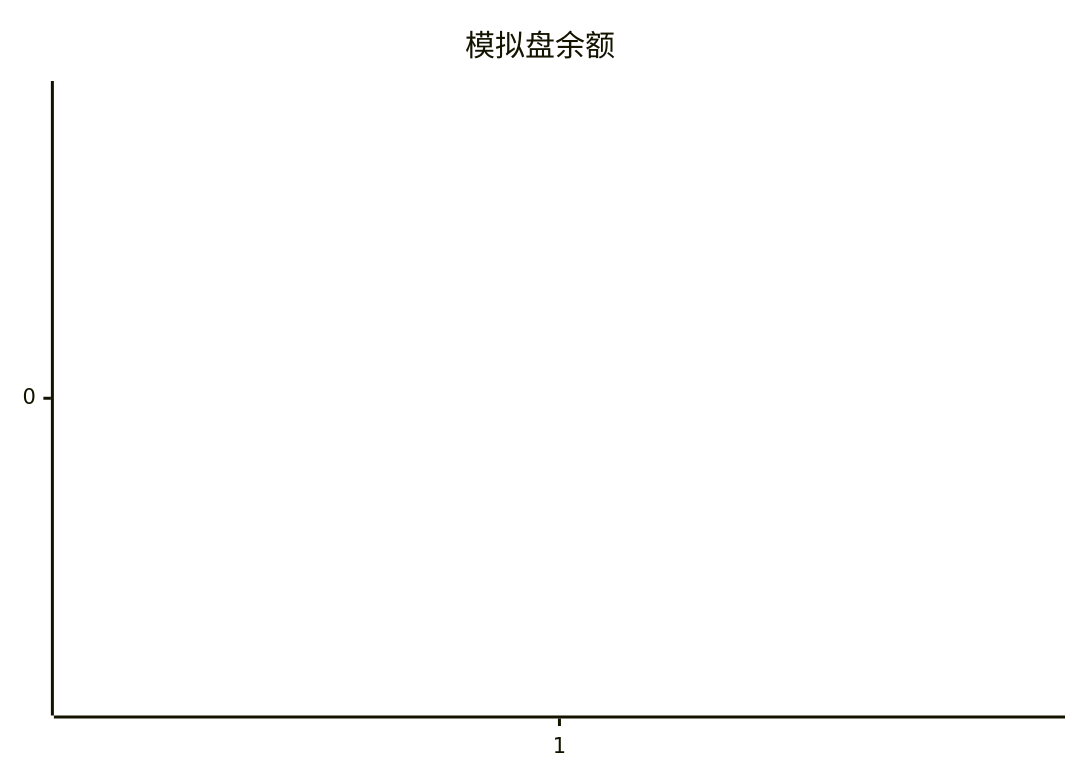
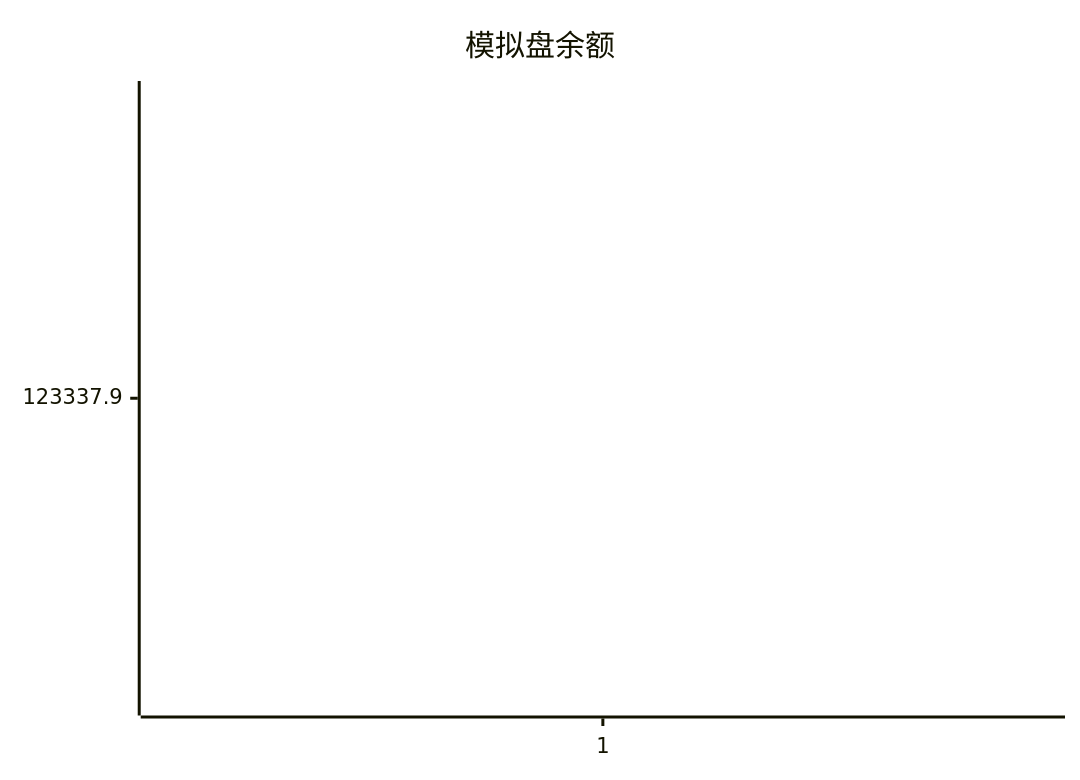
The diagram in trading/README.md (aahl/mcp-aktools), drawn with Mermaid before and after one commit. The commit also changed 1 other file, not shown here.

Commit message:
📈 AkTools MCP Server

````diff
--- a/trading/README.md
+++ b/trading/README.md
@@ -3,5 +3,5 @@
 ```mermaid
 xychart
     title "模拟盘余额"
-    line [0]
+    line [123337.9]
 ```
````
